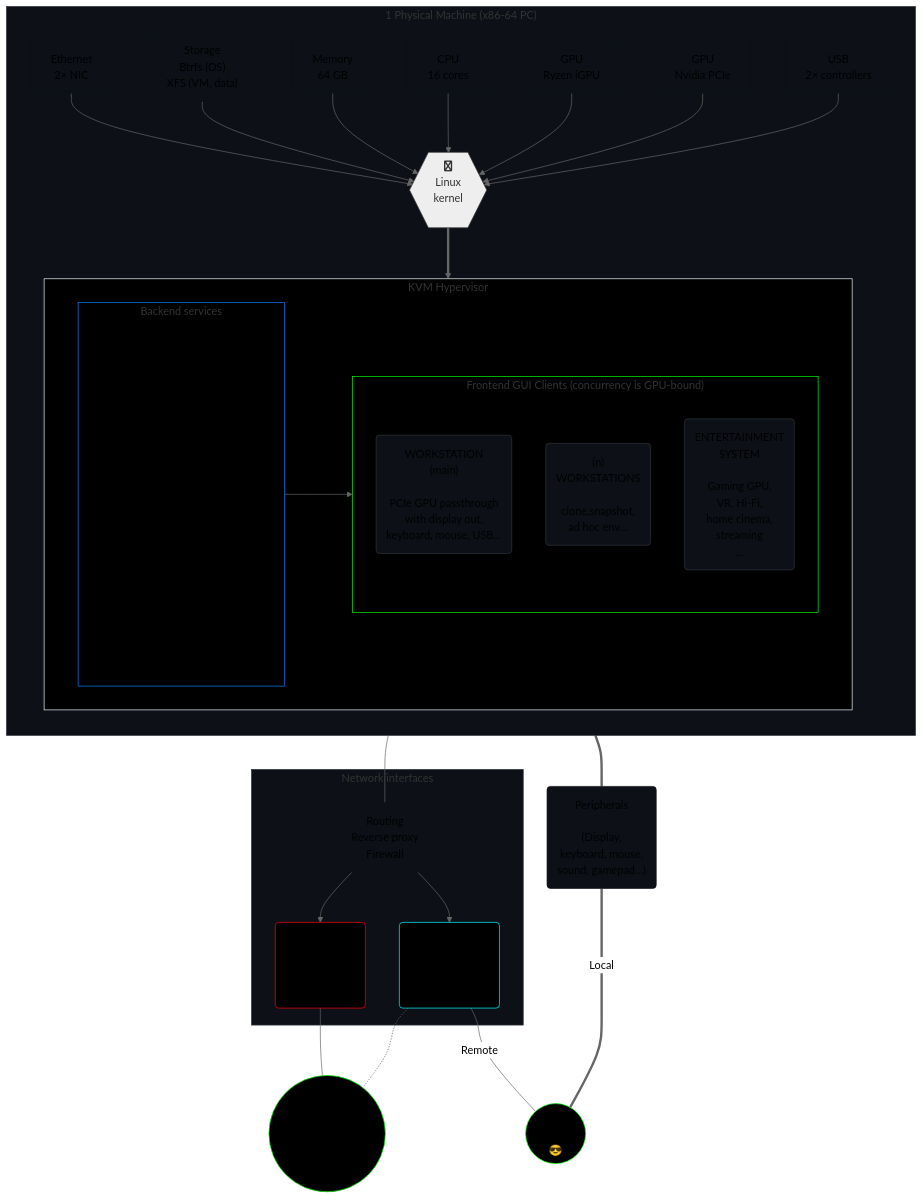
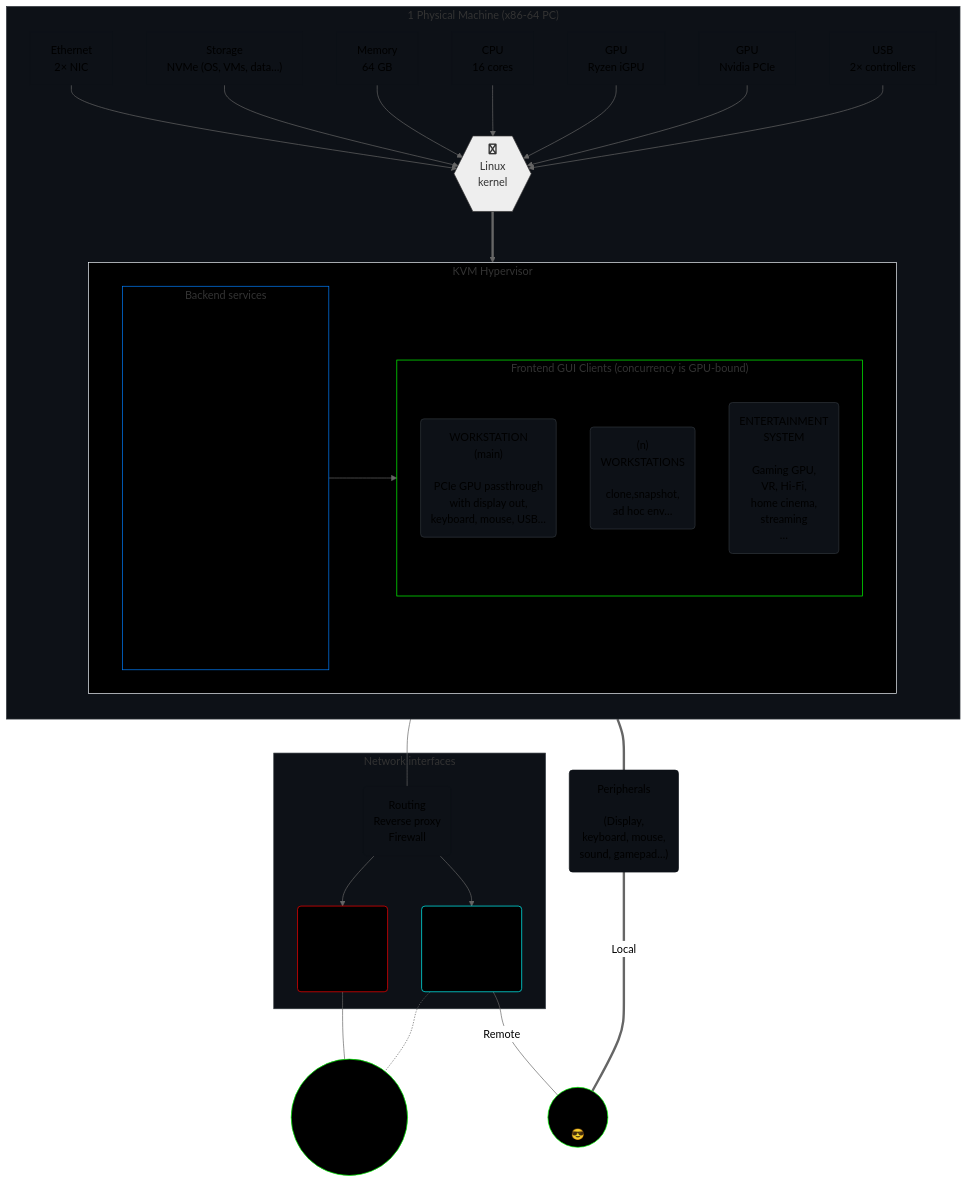
Before and after one commit to agenkit/GHost: the diagram in README.md, drawn with Mermaid (neutral theme).

```diff
--- a/README.md
+++ b/README.md
@@ -37,7 +37,7 @@
       direction TB
 
       pnet["Ethernet<br>2× NIC"] --> h
-      pstor["Storage<br>Btrfs (OS)<br>XFS (VM, data)"] --> h
+      pstor["Storage<br>NVMe (OS, VMs, data…)"] --> h
       pmem["Memory<br>64 GB"] --> h
       pcpu["CPU<br>16 cores"] --> h
       pgpu1["GPU<br>Ryzen iGPU"] --> h
```
